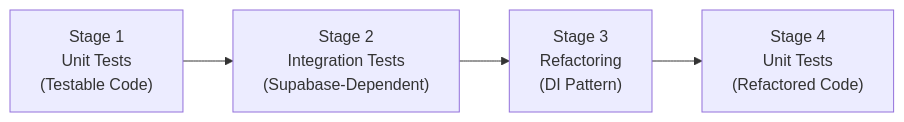
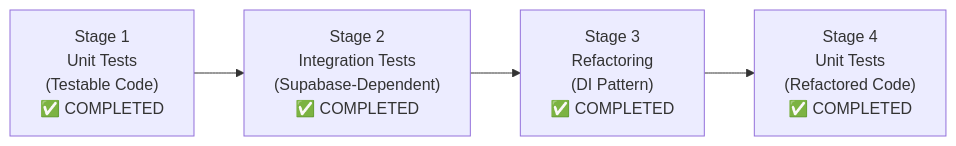
The diagram in .ai/loop/backend-testing.md (AKTK-Bystrze/Magazyn), drawn with Mermaid before and after one commit. The commit also changed other lines of this file and 16 other files, not shown here.

````diff
--- a/.ai/loop/backend-testing.md
+++ b/.ai/loop/backend-testing.md
@@ -9,9 +9,9 @@
 ```mermaid
 flowchart LR
-    S1["Stage 1<br/>Unit Tests<br/>(Testable Code)"]
-    S2["Stage 2<br/>Integration Tests<br/>(Supabase-Dependent)"]
-    S3["Stage 3<br/>Refactoring<br/>(DI Pattern)"]
-    S4["Stage 4<br/>Unit Tests<br/>(Refactored Code)"]
+    S1["Stage 1<br/>Unit Tests<br/>(Testable Code)<br/>✅ COMPLETED"]
+    S2["Stage 2<br/>Integration Tests<br/>(Supabase-Dependent)<br/>✅ COMPLETED"]
+    S3["Stage 3<br/>Refactoring<br/>(DI Pattern)<br/>✅ COMPLETED"]
+    S4["Stage 4<br/>Unit Tests<br/>(Refactored Code)<br/>✅ COMPLETED"]
     
     S1 --> S2 --> S3 --> S4
 ```
````
